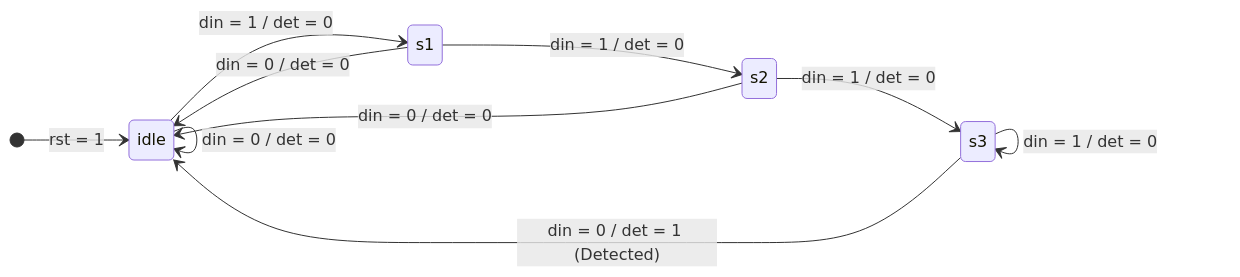
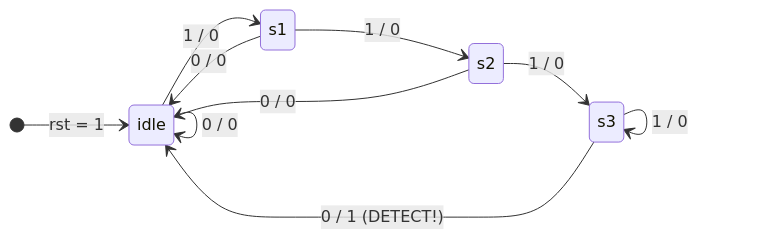
Before and after one commit to Safwan-2006/Summer-Internship-Safwan: the diagram in day3/Seq_detector_1110/seq_det_1110.md, drawn with Mermaid. The commit also changed other lines of this file, not shown here.

````diff
--- a/day3/Seq_detector_1110/seq_det_1110.md
+++ b/day3/Seq_detector_1110/seq_det_1110.md
@@ -9,17 +12,17 @@
 ```mermaid
 stateDiagram-v2
     direction LR
-    [*] --> idle: rst = 1
+    [*] --> idle : rst = 1
     
-    idle --> idle: din = 0 / det = 0
-    idle --> s1: din = 1 / det = 0
+    idle --> idle : 0 / 0
+    idle --> s1 : 1 / 0
     
-    s1 --> idle: din = 0 / det = 0
-    s1 --> s2: din = 1 / det = 0
+    s1 --> s2 : 1 / 0
+    s1 --> idle : 0 / 0
     
-    s2 --> idle: din = 0 / det = 0
-    s2 --> s3: din = 1 / det = 0
+    s2 --> s3 : 1 / 0
+    s2 --> idle : 0 / 0
     
-    s3 --> idle: din = 0 / det = 1 (Detected)
-    s3 --> s3: din = 1 / det = 0
+    s3 --> s3 : 1 / 0
+    s3 --> idle : 0 / 1 (DETECT!)
 ```
````
